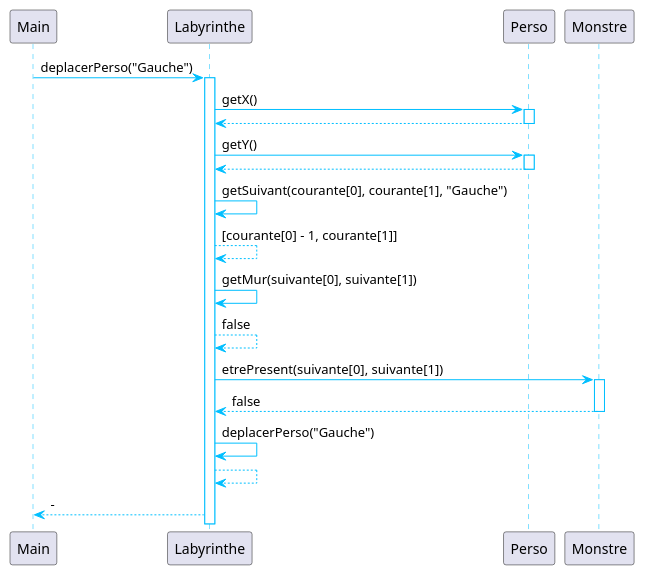
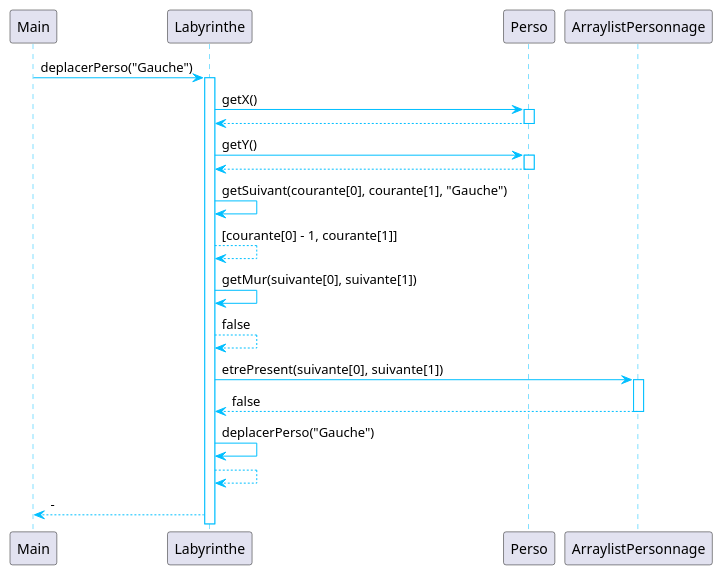
Before and after one commit to 1001ms/2023_Zeldiablo_walczak_amaglio_arcelin_berret_brun: the diagram in documents/version_2/diagSeq_consideration_monstre_deplacement_perso.puml, drawn with PlantUML. The commit also changed 4 other files, not shown here.

```diff
--- a/documents/version_2/diagSeq_consideration_monstre_deplacement_perso.puml
+++ b/documents/version_2/diagSeq_consideration_monstre_deplacement_perso.puml
@@ -1,40 +1,40 @@
 @startuml
 
 ' Activation style
 skinparam sequence {
     ArrowColor DeepSkyBlue
     ActorBorderColor DeepSkyBlue
     LifeLineBorderColor DeepSkyBlue
 }
 Main -> Labyrinthe: deplacerPerso("Gauche")
 activate Labyrinthe
 
 Labyrinthe -> Perso: getX()
 activate Perso
 Labyrinthe <-- Perso:
 deactivate Perso
 
 Labyrinthe -> Perso: getY()
 activate Perso
 Labyrinthe <-- Perso:
 deactivate Perso
 
 
 Labyrinthe -> Labyrinthe: getSuivant(courante[0], courante[1], "Gauche")
 Labyrinthe --> Labyrinthe: [courante[0] - 1, courante[1]]
 
 
 Labyrinthe -> Labyrinthe: getMur(suivante[0], suivante[1])
 Labyrinthe --> Labyrinthe: false
-Labyrinthe -> Monstre: etrePresent(suivante[0], suivante[1])
-activate Monstre
-Labyrinthe <-- Monstre: false
-deactivate Monstre
+Labyrinthe -> ArraylistPersonnage : etrePresent(suivante[0], suivante[1])
+activate ArraylistPersonnage
+Labyrinthe <-- ArraylistPersonnage: false
+deactivate ArraylistPersonnage
 
 
 Labyrinthe -> Labyrinthe: deplacerPerso("Gauche")
 Labyrinthe --> Labyrinthe:
 
 Main <-- Labyrinthe: -
 
 @enduml
```
